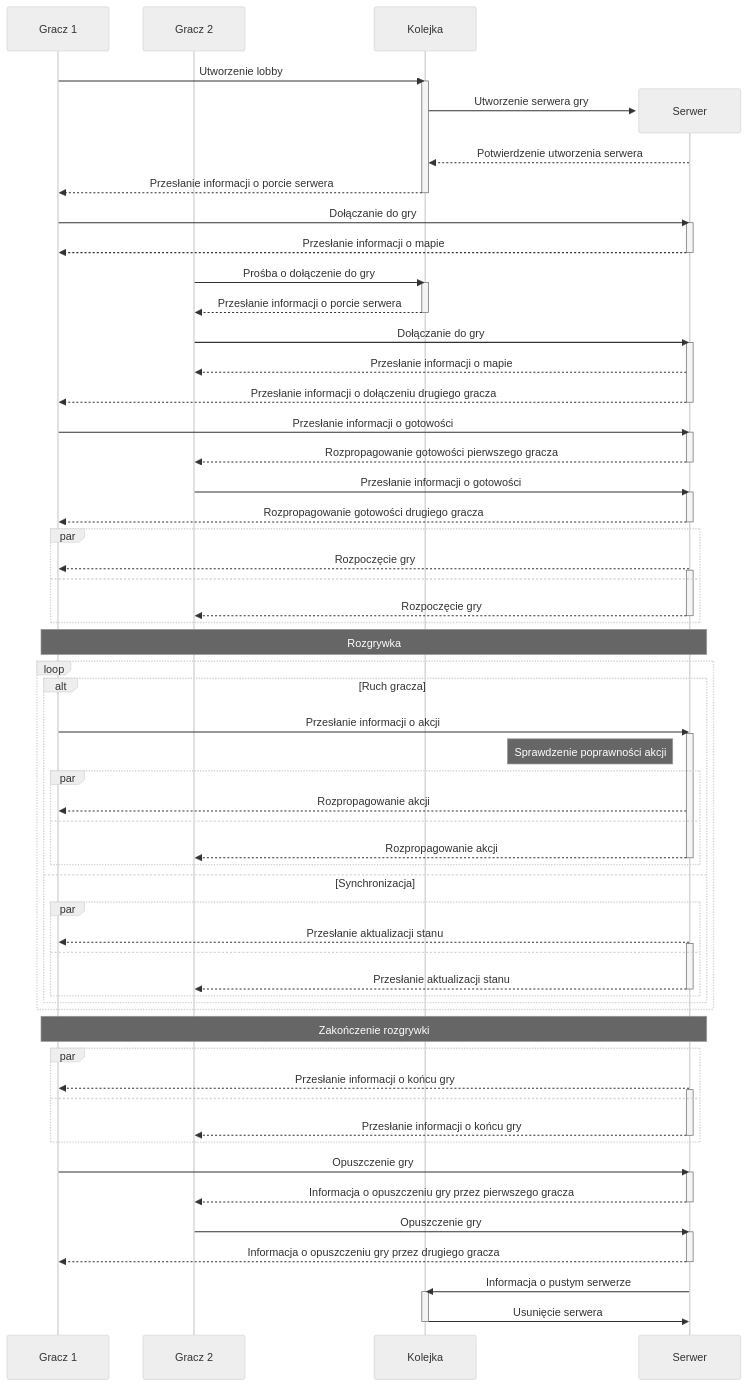
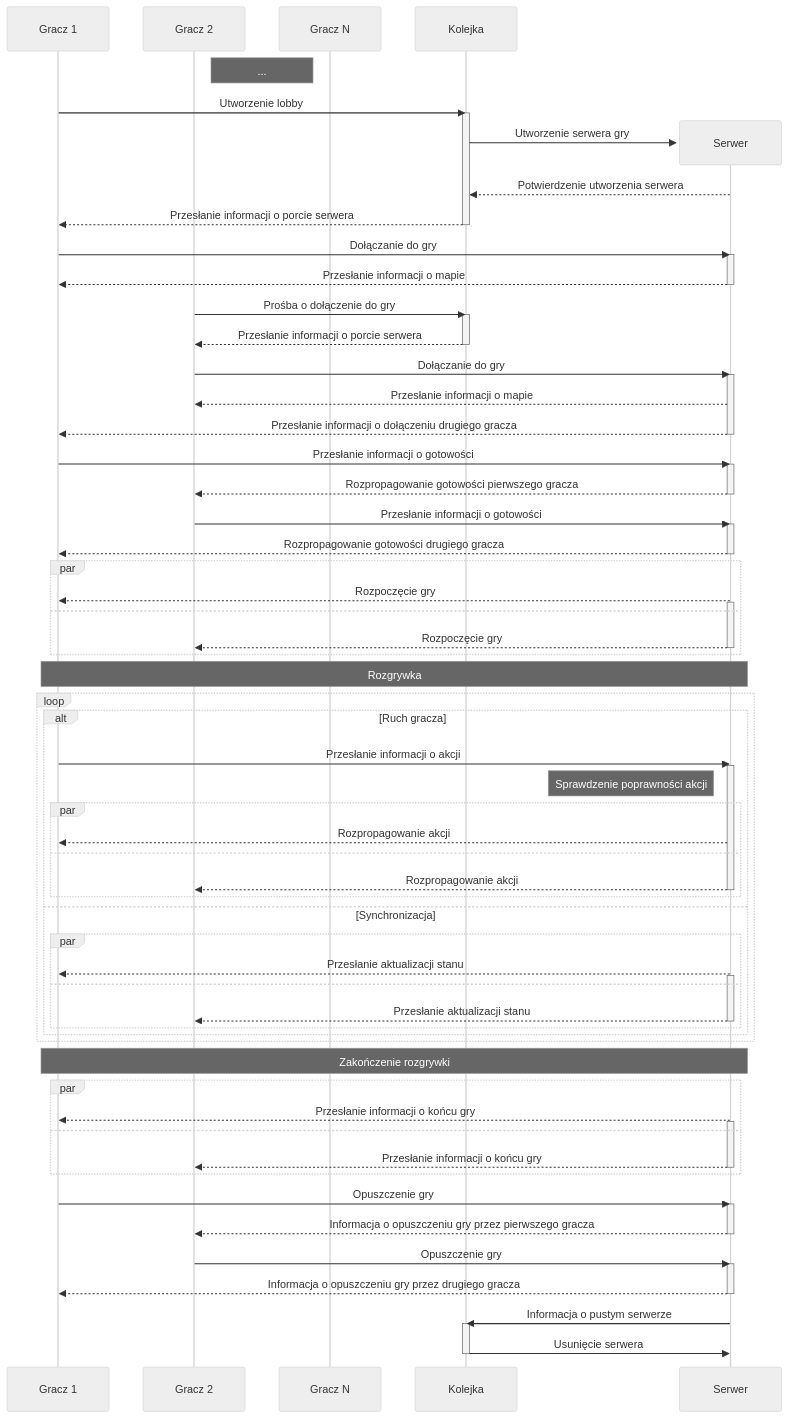
The diagram in diagrams/sequence.mmd (Nasus20202/przetwarzanie-rozproszone), drawn with Mermaid (neutral theme) before and after one commit. The commit also changed 3 other files, not shown here.

```diff
--- a/diagrams/sequence.mmd
+++ b/diagrams/sequence.mmd
@@ -1,94 +1,96 @@
 sequenceDiagram
     participant Gracz 1
     participant Gracz 2
+    participant Gracz N
+    Note left of Gracz N: ...
     participant Kolejka
 
     Gracz 1->>Kolejka: Utworzenie lobby
     activate Kolejka
     create participant Serwer
     Kolejka->>Serwer: Utworzenie serwera gry
     Serwer-->>Kolejka: Potwierdzenie utworzenia serwera
     Kolejka-->>Gracz 1: Przesłanie informacji o porcie serwera
     deactivate Kolejka
 
 
     Gracz 1->>Serwer: Dołączanie do gry
     activate Serwer
     Serwer-->>Gracz 1: Przesłanie informacji o mapie
     deactivate Serwer
 
     Gracz 2->>Kolejka: Prośba o dołączenie do gry
     activate Kolejka
     Kolejka-->>Gracz 2: Przesłanie informacji o porcie serwera
     deactivate Kolejka
     Gracz 2->>Serwer: Dołączanie do gry
     activate Serwer
     Serwer-->>Gracz 2: Przesłanie informacji o mapie
     Serwer-->>Gracz 1: Przesłanie informacji o dołączeniu drugiego gracza
     deactivate Serwer
 
     Gracz 1->>Serwer: Przesłanie informacji o gotowości
     activate Serwer
     Serwer-->>Gracz 2: Rozpropagowanie gotowości pierwszego gracza
     deactivate Serwer
 
     Gracz 2->>Serwer: Przesłanie informacji o gotowości
     activate Serwer
     Serwer-->>Gracz 1: Rozpropagowanie gotowości drugiego gracza
     deactivate Serwer
     par
         Serwer-->>Gracz 1: Rozpoczęcie gry
         activate Serwer
     and
         Serwer-->>Gracz 2: Rozpoczęcie gry
         deactivate Serwer
     end
 
     Note over Gracz 1, Serwer: Rozgrywka
 
     loop
         alt Ruch gracza
             Gracz 1->>Serwer: Przesłanie informacji o akcji
             activate Serwer
             Note left of Serwer: Sprawdzenie poprawności akcji
             par
                 Serwer-->>Gracz 1: Rozpropagowanie akcji
             and
                 Serwer-->>Gracz 2: Rozpropagowanie akcji
                 deactivate Serwer
             end
         else Synchronizacja
             par
                 Serwer-->>Gracz 1: Przesłanie aktualizacji stanu
                 activate Serwer
             and
                 Serwer-->>Gracz 2: Przesłanie aktualizacji stanu
                 deactivate Serwer
             end
         end
     end
 
     Note over Gracz 1, Serwer: Zakończenie rozgrywki
 
     par
         Serwer-->>Gracz 1: Przesłanie informacji o końcu gry
         activate Serwer
     and
         Serwer-->>Gracz 2: Przesłanie informacji o końcu gry
         deactivate Serwer
     end
 
     Gracz 1->>Serwer: Opuszczenie gry
     activate Serwer
     Serwer-->>Gracz 2: Informacja o opuszczeniu gry przez pierwszego gracza
     deactivate Serwer
     
     Gracz 2->>Serwer: Opuszczenie gry
     activate Serwer
     Serwer-->>Gracz 1: Informacja o opuszczeniu gry przez drugiego gracza
     deactivate Serwer
 
     Serwer->>Kolejka: Informacja o pustym serwerze
     activate Kolejka
     Kolejka->>Serwer: Usunięcie serwera
     deactivate Kolejka
```
